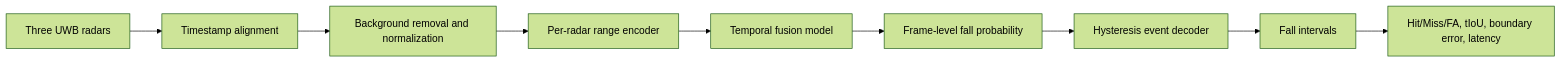
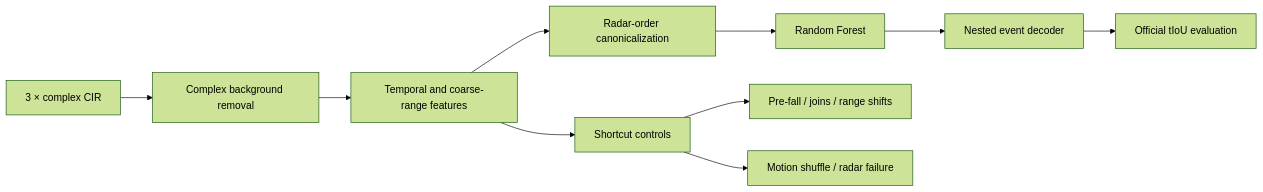
One commit to LinLyra/uwb-fall-localization changed the diagram in README.md. Above: the diagram before and after it, drawn with Mermaid (forest theme). The commit also changed other lines of this file and 5 other files, not shown here.

````diff
--- a/README.md
+++ b/README.md
@@ -11,11 +21,12 @@
 ```mermaid
 flowchart LR
-    A[Three UWB radars] --> B[Timestamp alignment]
-    B --> C[Background removal and normalization]
-    C --> D[Per-radar range encoder]
-    D --> E[Temporal fusion model]
-    E --> F[Frame-level fall probability]
-    F --> G[Hysteresis event decoder]
-    G --> H[Fall intervals]
-    H --> I[Hit/Miss/FA, tIoU, boundary error, latency]
+    A[3 × complex CIR] --> B[Complex background removal]
+    B --> C[Temporal and coarse-range features]
+    C --> D[Radar-order canonicalization]
+    D --> E[Random Forest]
+    E --> F[Nested event decoder]
+    F --> G[Official tIoU evaluation]
+    C --> H[Shortcut controls]
+    H --> I[Pre-fall / joins / range shifts]
+    H --> J[Motion shuffle / radar failure]
 ```
````
